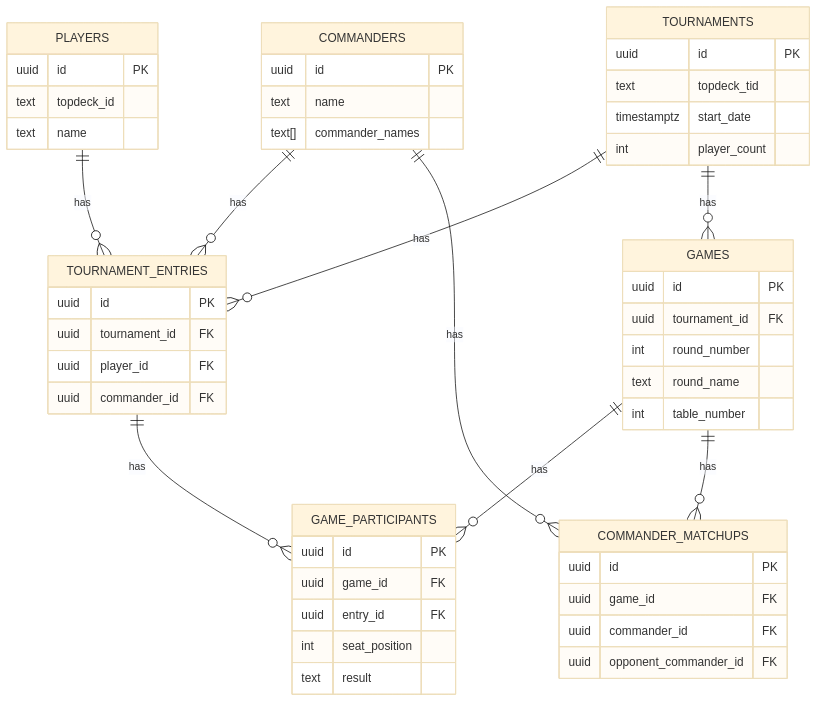
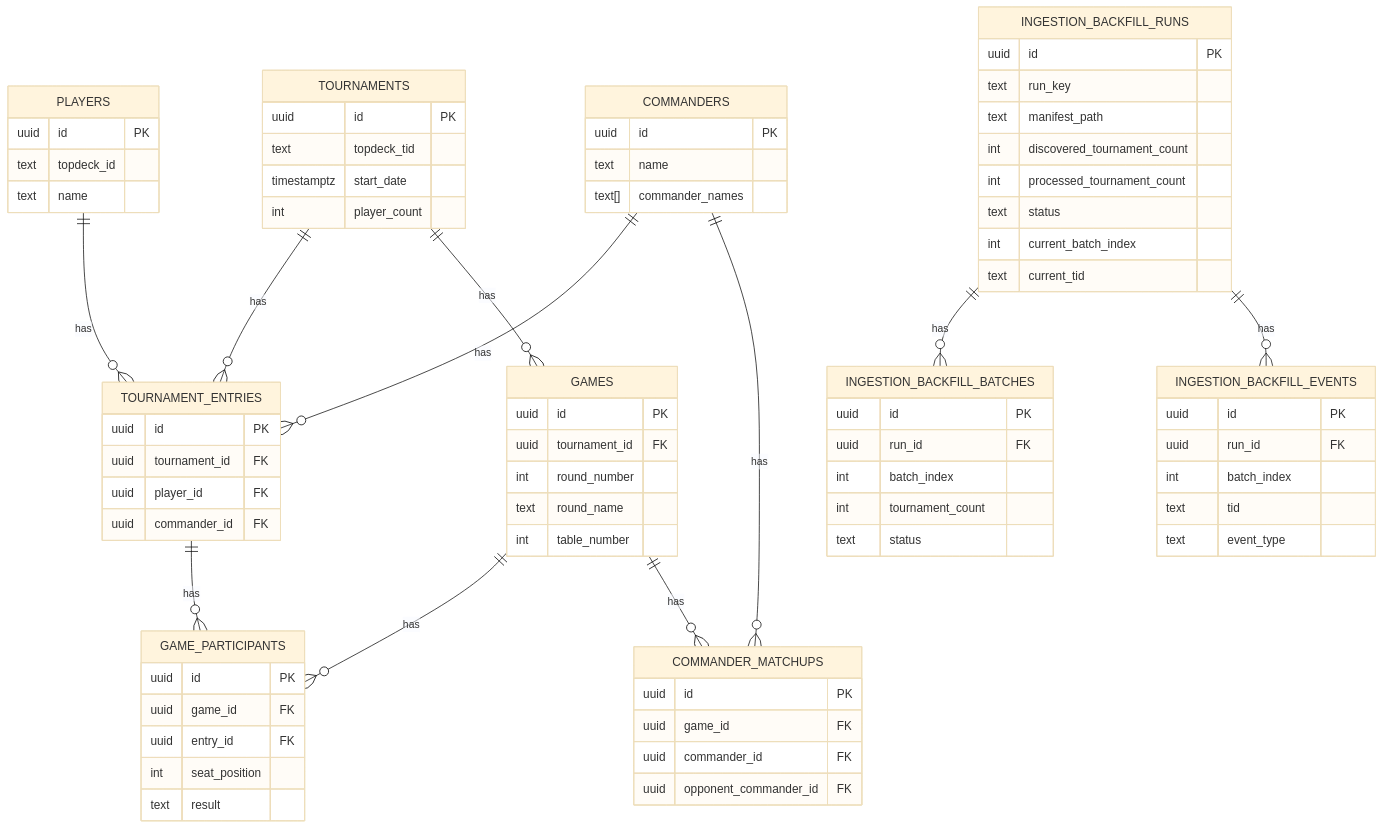
One commit to abcEDH/cedh-research changed the diagram in packages/backend/docs/data_dictionary.md. Above: the diagram before and after it, drawn with Mermaid (base theme). The commit also changed other lines of this file, not shown here.

Commit message:
docs(data): refresh data dictionary for backfill telemetry

```diff
--- a/packages/backend/docs/data_dictionary.md
+++ b/packages/backend/docs/data_dictionary.md
@@ -16,6 +16,9 @@
   TOURNAMENTS ||--o{ GAMES : has
   GAMES ||--o{ GAME_PARTICIPANTS : has
   TOURNAMENT_ENTRIES ||--o{ GAME_PARTICIPANTS : has
+
+  INGESTION_BACKFILL_RUNS ||--o{ INGESTION_BACKFILL_BATCHES : has
+  INGESTION_BACKFILL_RUNS ||--o{ INGESTION_BACKFILL_EVENTS : has
 
   GAMES ||--o{ COMMANDER_MATCHUPS : has
   COMMANDERS ||--o{ COMMANDER_MATCHUPS : has
@@ -62,6 +65,33 @@
     text result
   }
 
+  INGESTION_BACKFILL_RUNS {
+    uuid id PK
+    text run_key
+    text manifest_path
+    int discovered_tournament_count
+    int processed_tournament_count
+    text status
+    int current_batch_index
+    text current_tid
+  }
+
+  INGESTION_BACKFILL_BATCHES {
+    uuid id PK
+    uuid run_id FK
+    int batch_index
+    int tournament_count
+    text status
+  }
+
+  INGESTION_BACKFILL_EVENTS {
+    uuid id PK
+    uuid run_id FK
+    int batch_index
+    text tid
+    text event_type
+  }
+
   COMMANDER_MATCHUPS {
     uuid id PK
     uuid game_id FK
```
